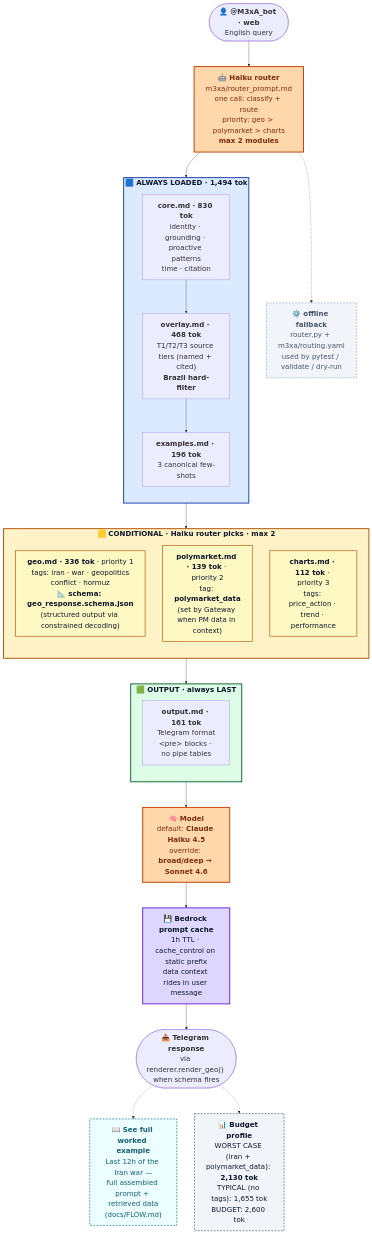
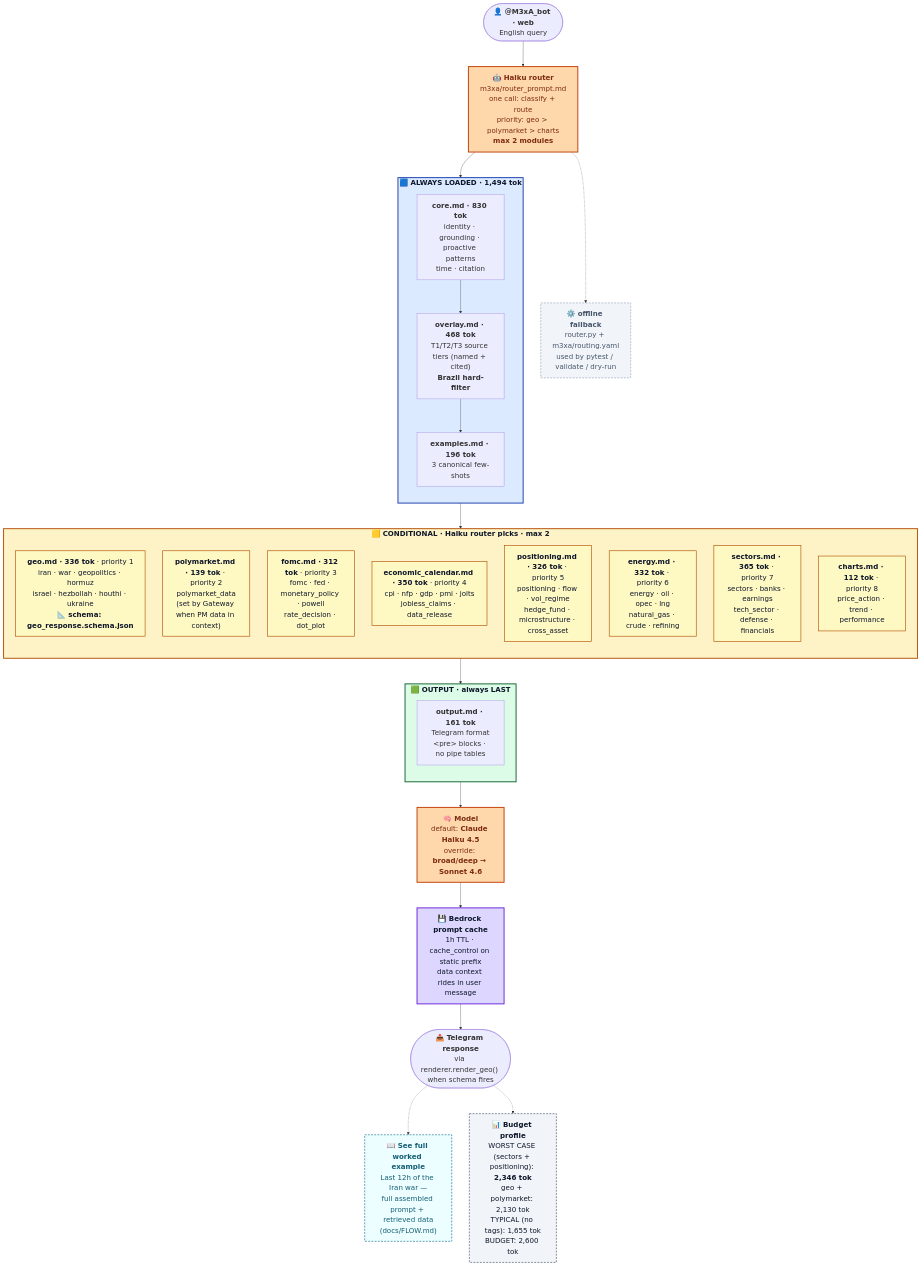
The second of 3 diagrams in README.md (prcodex/version3-), drawn with Mermaid before and after one commit. The commit also changed other lines of this file and 11 other files, not shown here.

````diff
--- a/README.md
+++ b/README.md
@@ -112,61 +112,76 @@
 ```mermaid
 %%{init: {'theme': 'default', 'themeVariables': {'fontSize': '22px', 'fontFamily': 'Inter, system-ui, -apple-system, sans-serif'}, 'flowchart': {'htmlLabels': true, 'curve': 'basis', 'nodeSpacing': 55, 'rankSpacing': 80, 'padding': 18}}}%%
 flowchart TB
     BOT(["<b>👤 @M3xA_bot · web</b><br/>English query"]) --> RTR["<b>🤖 Haiku router</b><br/>m3xa/router_prompt.md<br/>one call: classify + route<br/>priority: geo &gt; polymarket &gt; charts<br/><b>max 2 modules</b>"]
     RTR -.-> FALL["<b>⚙️ offline fallback</b><br/>router.py + m3xa/routing.yaml<br/>used by pytest / validate / dry-run"]
 
     subgraph ALWAYS["<b>🟦 ALWAYS LOADED · 1,494 tok</b>"]
         direction TB
         A1["<b>core.md · 830 tok</b><br/>identity · grounding · proactive patterns<br/>time · citation"]
         A2["<b>overlay.md · 468 tok</b><br/>T1/T2/T3 source tiers (named + cited)<br/><b>Brazil hard-filter</b>"]
         A3["<b>examples.md · 196 tok</b><br/>3 canonical few-shots"]
         A1 --> A2 --> A3
     end
 
     subgraph COND["<b>🟨 CONDITIONAL · Haiku router picks · max 2</b>"]
         direction TB
-        G["<b>geo.md · 336 tok</b> · priority 1<br/>tags: iran · war · geopolitics<br/>conflict · hormuz<br/><b>📐 schema: geo_response.schema.json</b><br/>(structured output via constrained decoding)"]
-        P["<b>polymarket.md · 139 tok</b> · priority 2<br/>tag: <b>polymarket_data</b><br/>(set by Gateway when PM data in context)"]
-        CH["<b>charts.md · 112 tok</b> · priority 3<br/>tags: price_action · trend · performance"]
+        G["<b>geo.md · 336 tok</b> · priority 1<br/>iran · war · geopolitics · hormuz<br/>israel · hezbollah · houthi · ukraine<br/><b>📐 schema: geo_response.schema.json</b>"]
+        P["<b>polymarket.md · 139 tok</b> · priority 2<br/>polymarket_data<br/>(set by Gateway when PM data in context)"]
+        FO["<b>fomc.md · 312 tok</b> · priority 3<br/>fomc · fed · monetary_policy · powell<br/>rate_decision · dot_plot"]
+        EC["<b>economic_calendar.md · 350 tok</b> · priority 4<br/>cpi · nfp · gdp · pmi · jolts<br/>jobless_claims · data_release"]
+        PO["<b>positioning.md · 326 tok</b> · priority 5<br/>positioning · flow · vol_regime<br/>hedge_fund · microstructure · cross_asset"]
+        EN["<b>energy.md · 332 tok</b> · priority 6<br/>energy · oil · opec · lng<br/>natural_gas · crude · refining"]
+        SE["<b>sectors.md · 365 tok</b> · priority 7<br/>sectors · banks · earnings<br/>tech_sector · defense · financials"]
+        CH["<b>charts.md · 112 tok</b> · priority 8<br/>price_action · trend · performance"]
     end
 
     subgraph OUTBLK["<b>🟩 OUTPUT · always LAST</b>"]
         direction TB
         OUT["<b>output.md · 161 tok</b><br/>Telegram format<br/>&lt;pre&gt; blocks · no pipe tables"]
     end
 
     RTR --> ALWAYS
     ALWAYS --> COND
     COND --> OUTBLK
     OUTBLK --> MODEL["<b>🧠 Model</b><br/>default: <b>Claude Haiku 4.5</b><br/>override: <b>broad/deep → Sonnet 4.6</b>"]
     MODEL --> CACHE["<b>💾 Bedrock prompt cache</b><br/>1h TTL · cache_control on static prefix<br/>data context rides in user message"]
     CACHE --> GEN(["<b>📤 Telegram response</b><br/>via renderer.render_geo() when schema fires"])
     GEN -.-> EX["<b>📖 See full worked example</b><br/>Last 12h of the Iran war —<br/>full assembled prompt + retrieved data<br/>(docs/FLOW.md)"]
 
-    META["<b>📊 Budget profile</b><br/>WORST CASE (iran + polymarket_data): <b>2,130 tok</b><br/>TYPICAL (no tags): 1,655 tok<br/>BUDGET: 2,600 tok"]
+    META["<b>📊 Budget profile</b><br/>WORST CASE (sectors + positioning): <b>2,346 tok</b><br/>geo + polymarket: 2,130 tok<br/>TYPICAL (no tags): 1,655 tok<br/>BUDGET: 2,600 tok"]
     GEN -.-> META
 
     click A1 "https://github.com/prcodex/version3-/blob/main/m3xa/souls/core.md" _blank
     click A2 "https://github.com/prcodex/version3-/blob/main/m3xa/souls/overlay.md" _blank
     click A3 "https://github.com/prcodex/version3-/blob/main/m3xa/souls/examples.md" _blank
     click G "https://github.com/prcodex/version3-/blob/main/m3xa/souls/modules/geo.md" _blank
     click P "https://github.com/prcodex/version3-/blob/main/m3xa/souls/modules/polymarket.md" _blank
     click CH "https://github.com/prcodex/version3-/blob/main/m3xa/souls/modules/charts.md" _blank
     click OUT "https://github.com/prcodex/version3-/blob/main/m3xa/souls/output.md" _blank
     click RTR "https://github.com/prcodex/version3-/blob/main/m3xa/router_prompt.md" _blank
     click FALL "https://github.com/prcodex/version3-/blob/main/m3xa/routing.yaml" _blank
     click EX "https://github.com/prcodex/version3-/blob/main/docs/FLOW.md#concrete-example-for-m3xa" _blank
+    click FO "https://github.com/prcodex/version3-/blob/main/m3xa/souls/modules/fomc.md" _blank
+    click EC "https://github.com/prcodex/version3-/blob/main/m3xa/souls/modules/economic_calendar.md" _blank
+    click PO "https://github.com/prcodex/version3-/blob/main/m3xa/souls/modules/positioning.md" _blank
+    click EN "https://github.com/prcodex/version3-/blob/main/m3xa/souls/modules/energy.md" _blank
+    click SE "https://github.com/prcodex/version3-/blob/main/m3xa/souls/modules/sectors.md" _blank
 
     style ALWAYS fill:#dbeafe,stroke:#1e40af,stroke-width:3px,color:#0f172a
     style COND fill:#fef3c7,stroke:#b45309,stroke-width:3px,color:#0f172a
     style OUTBLK fill:#dcfce7,stroke:#166534,stroke-width:3px,color:#0f172a
     style MODEL fill:#fed7aa,stroke:#c2410c,stroke-width:3px,color:#7c2d12
     style CACHE fill:#ddd6fe,stroke:#6d28d9,stroke-width:3px,color:#0f172a
     style META fill:#f1f5f9,stroke:#475569,stroke-width:2px,stroke-dasharray:6 4,color:#0f172a
     style G fill:#fef9c3,stroke:#b45309,stroke-width:2px,color:#0f172a
     style P fill:#fef9c3,stroke:#b45309,stroke-width:2px,color:#0f172a
     style CH fill:#fef9c3,stroke:#b45309,stroke-width:2px,color:#0f172a
+    style FO fill:#fef9c3,stroke:#b45309,stroke-width:2px,color:#0f172a
+    style EC fill:#fef9c3,stroke:#b45309,stroke-width:2px,color:#0f172a
+    style PO fill:#fef9c3,stroke:#b45309,stroke-width:2px,color:#0f172a
+    style EN fill:#fef9c3,stroke:#b45309,stroke-width:2px,color:#0f172a
+    style SE fill:#fef9c3,stroke:#b45309,stroke-width:2px,color:#0f172a
     style RTR fill:#fed7aa,stroke:#c2410c,stroke-width:3px,color:#7c2d12
     style FALL fill:#f1f5f9,stroke:#94a3b8,stroke-width:2px,stroke-dasharray:6 4,color:#475569
     style EX fill:#ecfeff,stroke:#0e7490,stroke-width:2px,stroke-dasharray:6 4,color:#155e75
 ```
````
